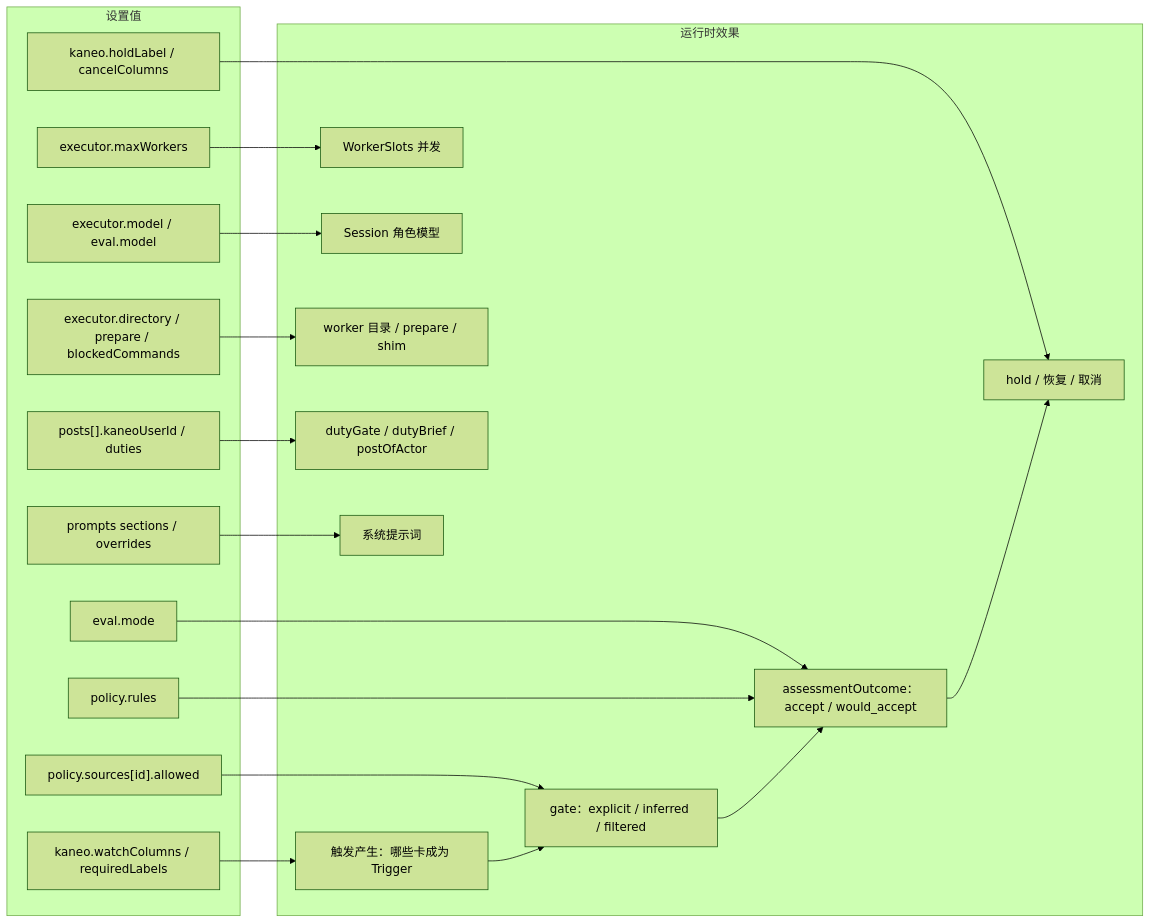
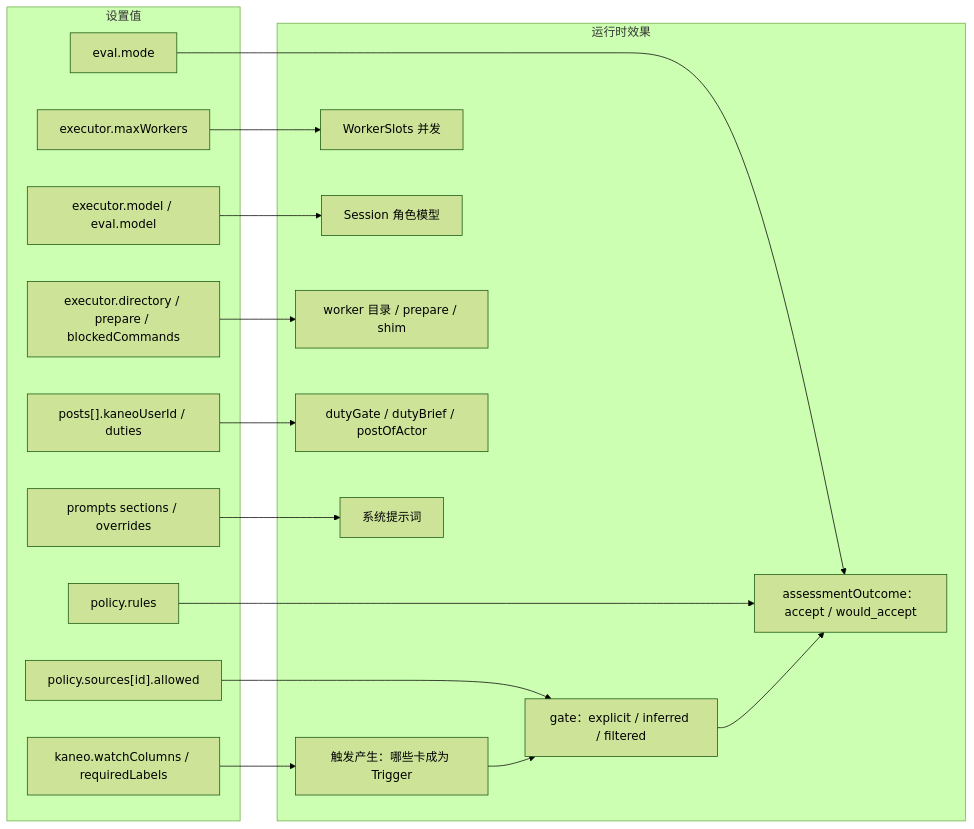
Diagram 15 of 15 in FLOW.md (wuzhiping/superagent), drawn with Mermaid (forest theme) before and after one commit. The commit also changed other lines of this file and 38 other files, not shown here.

````diff
--- a/FLOW.md
+++ b/FLOW.md
@@ -764,39 +756,35 @@
 ```mermaid
 flowchart LR
   subgraph SET[设置值]
     MODE["eval.mode"]
     RULES["policy.rules"]
     ALLOW["policy.sources[id].allowed"]
     WATCH["kaneo.watchColumns / requiredLabels"]
-    HOLD["kaneo.holdLabel / cancelColumns"]
     MW["executor.maxWorkers"]
     MODEL["executor.model / eval.model"]
     ENV["executor.directory / prepare / blockedCommands"]
     ARCH["posts[].kaneoUserId / duties"]
     PROMPT["prompts sections / overrides"]
   end
   subgraph EFFECT[运行时效果]
     GATE["gate：explicit / inferred / filtered"]
     OUT["assessmentOutcome：accept / would_accept"]
     TRIG["触发产生：哪些卡成为 Trigger"]
-    LIFECYCLE["hold / 恢复 / 取消"]
     SLOT["WorkerSlots 并发"]
     SESSION["Session 角色模型"]
     WORK["worker 目录 / prepare / shim"]
     DUTY["dutyGate / dutyBrief / postOfActor"]
     SYS["系统提示词"]
   end
   MODE --> OUT
   RULES --> OUT
   ALLOW --> GATE
   WATCH --> TRIG
-  HOLD --> LIFECYCLE
   MW --> SLOT
   MODEL --> SESSION
   ENV --> WORK
   ARCH --> DUTY
   PROMPT --> SYS
   GATE --> OUT
   TRIG --> GATE
-  OUT --> LIFECYCLE
 ```
````
